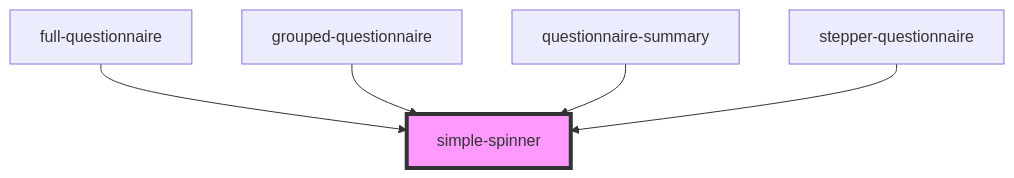
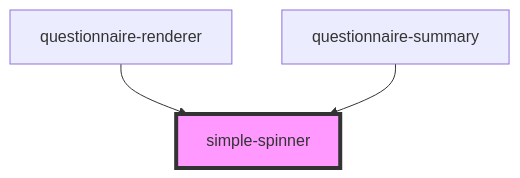
One commit to molit-institute/questionnaire-renderer changed the diagram in src/components/ui/simple-spinner/readme.md. Above: the diagram before and after it, drawn with Mermaid. The commit also changed other lines of this file and 5 other files, not shown here.

````diff
--- a/src/components/ui/simple-spinner/readme.md
+++ b/src/components/ui/simple-spinner/readme.md
@@ -26,8 +24,6 @@
 ```mermaid
 graph TD;
-  full-questionnaire --> simple-spinner
-  grouped-questionnaire --> simple-spinner
+  questionnaire-renderer --> simple-spinner
   questionnaire-summary --> simple-spinner
-  stepper-questionnaire --> simple-spinner
   style simple-spinner fill:#f9f,stroke:#333,stroke-width:4px
 ```
````
